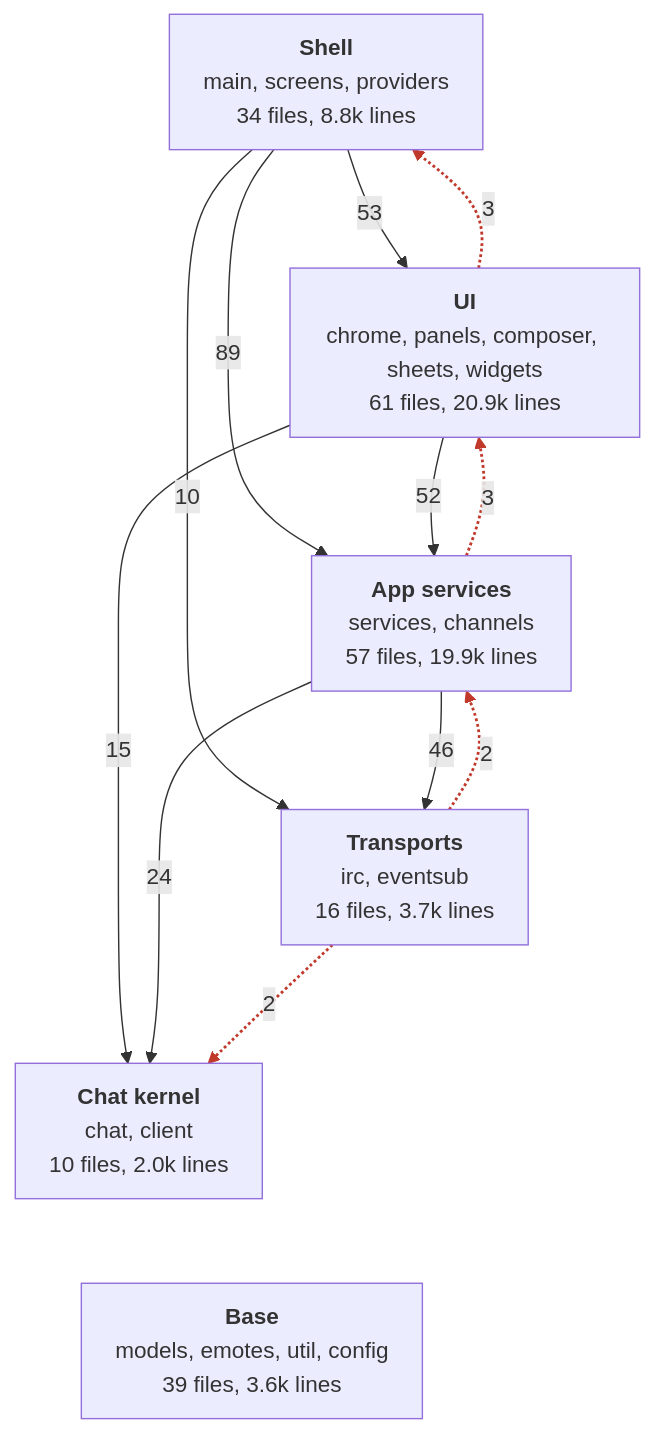
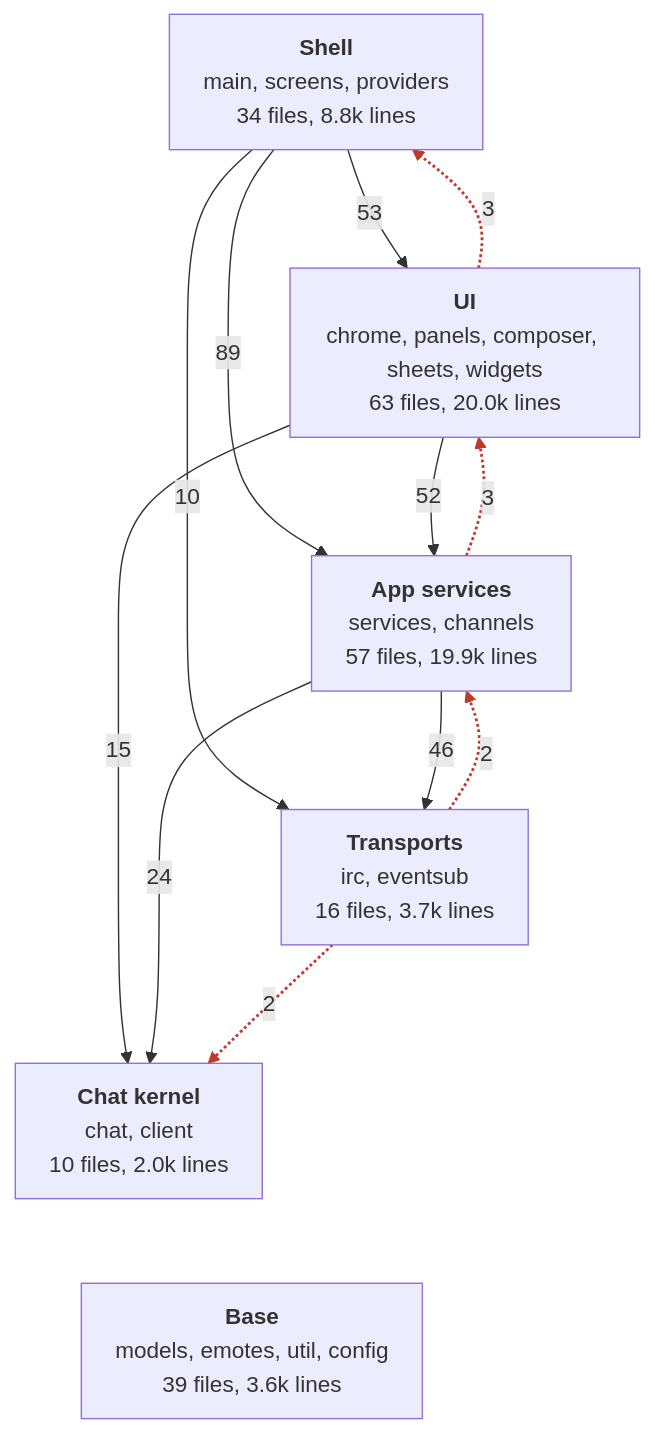
Before and after one commit to banan-guh/ErmChat: the first of 8 diagrams in ARCHITECTURE.md, drawn with Mermaid. The commit also changed other lines of this file and 24 other files, not shown here.

````diff
--- a/ARCHITECTURE.md
+++ b/ARCHITECTURE.md
@@ -11,27 +11,27 @@
 ```mermaid
 %%{init: {"flowchart": {"nodeSpacing": 50, "rankSpacing": 60, "padding": 12}, "themeVariables": {"fontSize": "16px"}}}%%
 flowchart TD
   shell["<b>Shell</b><br/>main, screens, providers<br/>34 files, 8.8k lines"]
-  ui["<b>UI</b><br/>chrome, panels, composer, sheets, widgets<br/>61 files, 20.9k lines"]
+  ui["<b>UI</b><br/>chrome, panels, composer, sheets, widgets<br/>63 files, 20.0k lines"]
   app["<b>App services</b><br/>services, channels<br/>57 files, 19.9k lines"]
   kernel["<b>Chat kernel</b><br/>chat, client<br/>10 files, 2.0k lines"]
   transport["<b>Transports</b><br/>irc, eventsub<br/>16 files, 3.7k lines"]
   base["<b>Base</b><br/>models, emotes, util, config<br/>39 files, 3.6k lines"]
 
   shell -->|53| ui
   shell -->|89| app
   shell -->|10| transport
   ui -->|52| app
   ui -->|15| kernel
   app -->|24| kernel
   app -->|46| transport
   kernel ~~~ base
   transport ~~~ base
 
   ui -.->|3| shell
   app -.->|3| ui
   transport -.->|2| app
   transport -.->|2| kernel
 
   linkStyle 9,10,11,12 stroke:#c0392b,stroke-width:2px
 ```
````
